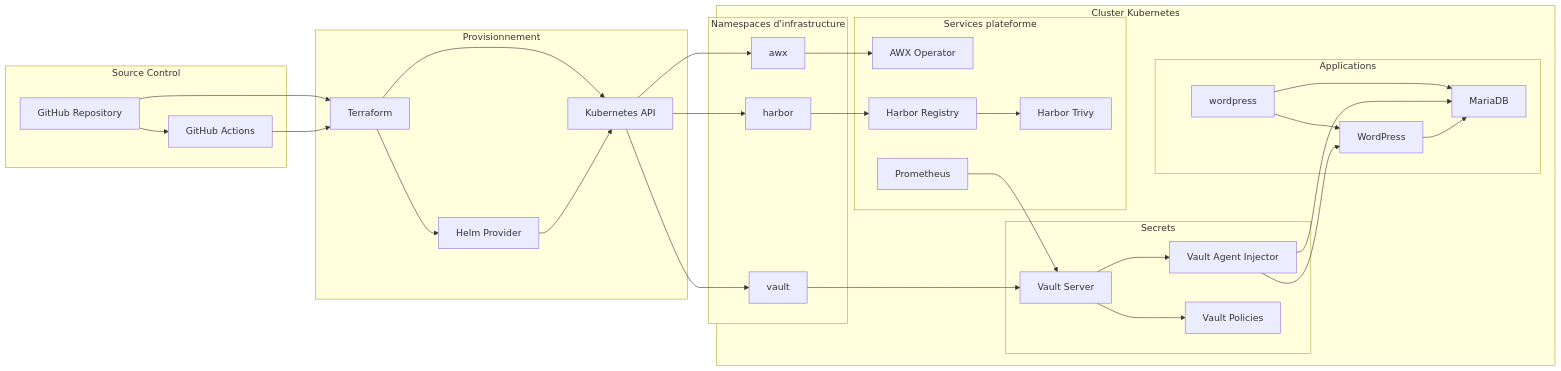
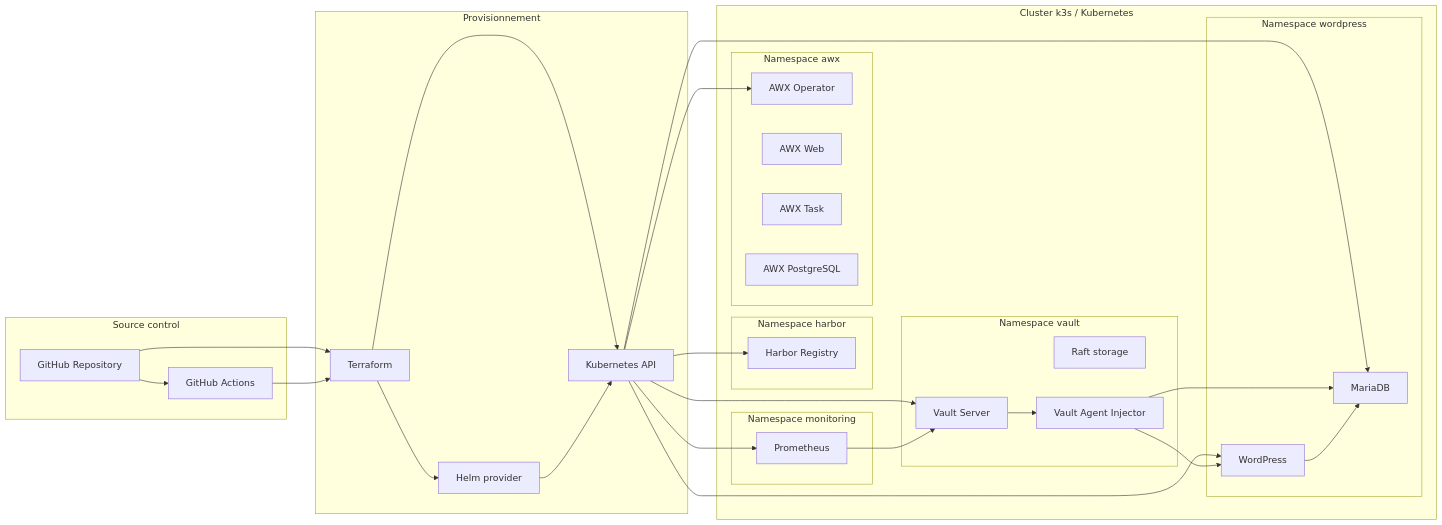
The first of 4 diagrams in docs/ARCHITECTURE.md (RobinThiriet/Vault_Terraform_GitHub_Actions_Securisee), drawn with Mermaid before and after one commit. The commit also changed other lines of this file and 1 other file, not shown here.

````diff
--- a/docs/ARCHITECTURE.md
+++ b/docs/ARCHITECTURE.md
@@ -9,63 +24,61 @@
 ```mermaid
 flowchart LR
-    subgraph SCM[Source Control]
+    subgraph SCM[Source control]
         Repo[GitHub Repository]
         Actions[GitHub Actions]
     end
 
     subgraph Provisioning[Provisionnement]
         TF[Terraform]
-        Helm[Helm Provider]
-        K8SAPI[Kubernetes API]
+        Helm[Helm provider]
+        KAPI[Kubernetes API]
     end
 
-    subgraph Cluster[Cluster Kubernetes]
-        subgraph Infra[Namespaces d'infrastructure]
-            VaultNS[vault]
-            HarborNS[harbor]
-            AwxNS[awx]
+    subgraph Cluster[Cluster k3s / Kubernetes]
+        subgraph VaultNS[Namespace vault]
+            Vault[Vault Server]
+            Raft[Raft storage]
+            Injector[Vault Agent Injector]
         end
 
-        subgraph Security[Secrets]
-            Vault[Vault Server]
-            Injector[Vault Agent Injector]
-            Policies[Vault Policies]
+        subgraph HarborNS[Namespace harbor]
+            Harbor[Harbor Registry]
         end
 
-        subgraph Platform[Services plateforme]
-            AWX[AWX Operator]
-            Harbor[Harbor Registry]
-            TrivyInHarbor[Harbor Trivy]
+        subgraph AwxNS[Namespace awx]
+            Op[AWX Operator]
+            Web[AWX Web]
+            Task[AWX Task]
+            Pg[AWX PostgreSQL]
+        end
+
+        subgraph MonNS[Namespace monitoring]
             Prom[Prometheus]
         end
 
-        subgraph Apps[Applications]
-            WPNamespace[wordpress]
+        subgraph WpNS[Namespace wordpress]
             WP[WordPress]
             DB[MariaDB]
         end
     end
 
     Repo --> Actions
     Repo --> TF
     Actions --> TF
     TF --> Helm
-    TF --> K8SAPI
-    Helm --> K8SAPI
-    K8SAPI --> VaultNS
-    K8SAPI --> HarborNS
-    K8SAPI --> AwxNS
+    TF --> KAPI
+    Helm --> KAPI
 
-    VaultNS --> Vault
+    KAPI --> Vault
+    KAPI --> Harbor
+    KAPI --> Op
+    KAPI --> Prom
+    KAPI --> WP
+    KAPI --> DB
+
     Vault --> Injector
-    Vault --> Policies
-    AwxNS --> AWX
-    HarborNS --> Harbor
-    Harbor --> TrivyInHarbor
-    WPNamespace --> WP
-    WPNamespace --> DB
-    Prom --> Vault
     Injector --> WP
     Injector --> DB
     WP --> DB
+    Prom --> Vault
 ```
````
